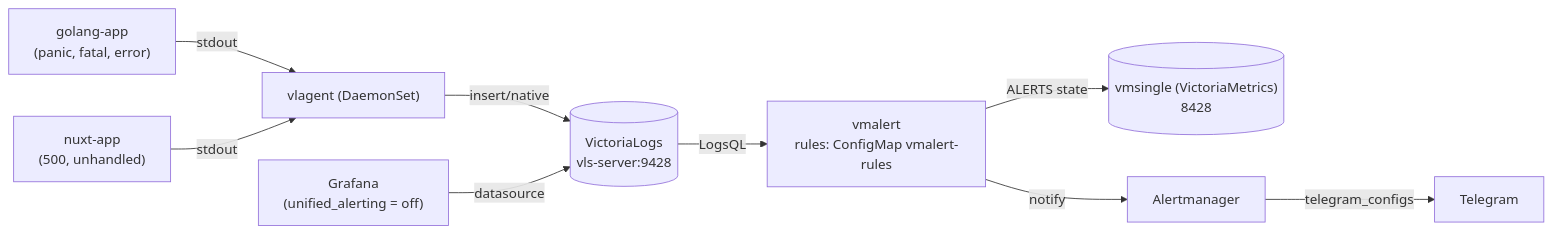
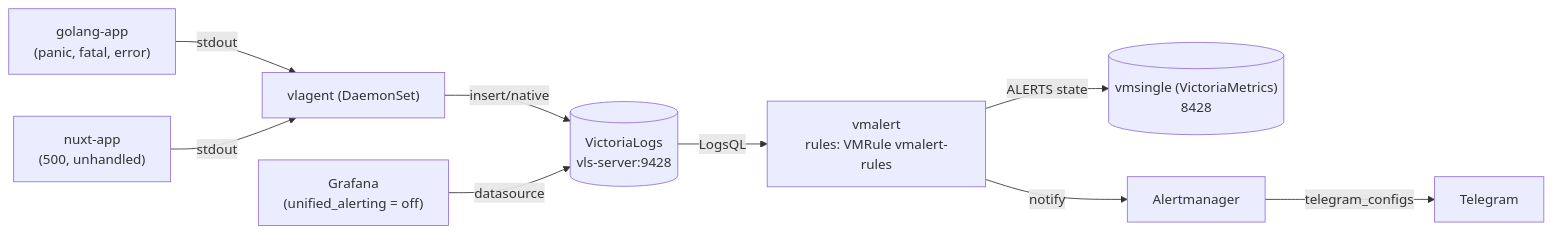
One commit to patsevanton/victorialogs-alerting-by-error-panic changed the diagram in README.md. Above: the diagram before and after it, drawn with Mermaid. The commit also changed other lines of this file and 3 other files, not shown here.

Commit message:
перевод правил vmalert с ConfigMap на VMRule

````diff
--- a/README.md
+++ b/README.md
@@ -18,13 +18,13 @@
 ```mermaid
 flowchart LR
     Go["golang-app<br/>(panic, fatal, error)"] -->|stdout| Vlagent["vlagent (DaemonSet)"]
     Nuxt["nuxt-app<br/>(500, unhandled)"] -->|stdout| Vlagent
     Vlagent -->|insert/native| VL[("VictoriaLogs<br/>vls-server:9428")]
 
-    VL -->|LogsQL| VMA["vmalert<br/>rules: ConfigMap vmalert-rules"]
+    VL -->|LogsQL| VMA["vmalert<br/>rules: VMRule vmalert-rules"]
     VMA -->|ALERTS state| VMSingle[("vmsingle (VictoriaMetrics)<br/>8428")]
     VMA -->|notify| AM["Alertmanager"]
     AM -->|telegram_configs| TG["Telegram"]
 
     Grafana["Grafana<br/>(unified_alerting = off)"] -->|datasource| VL
 ```
````
